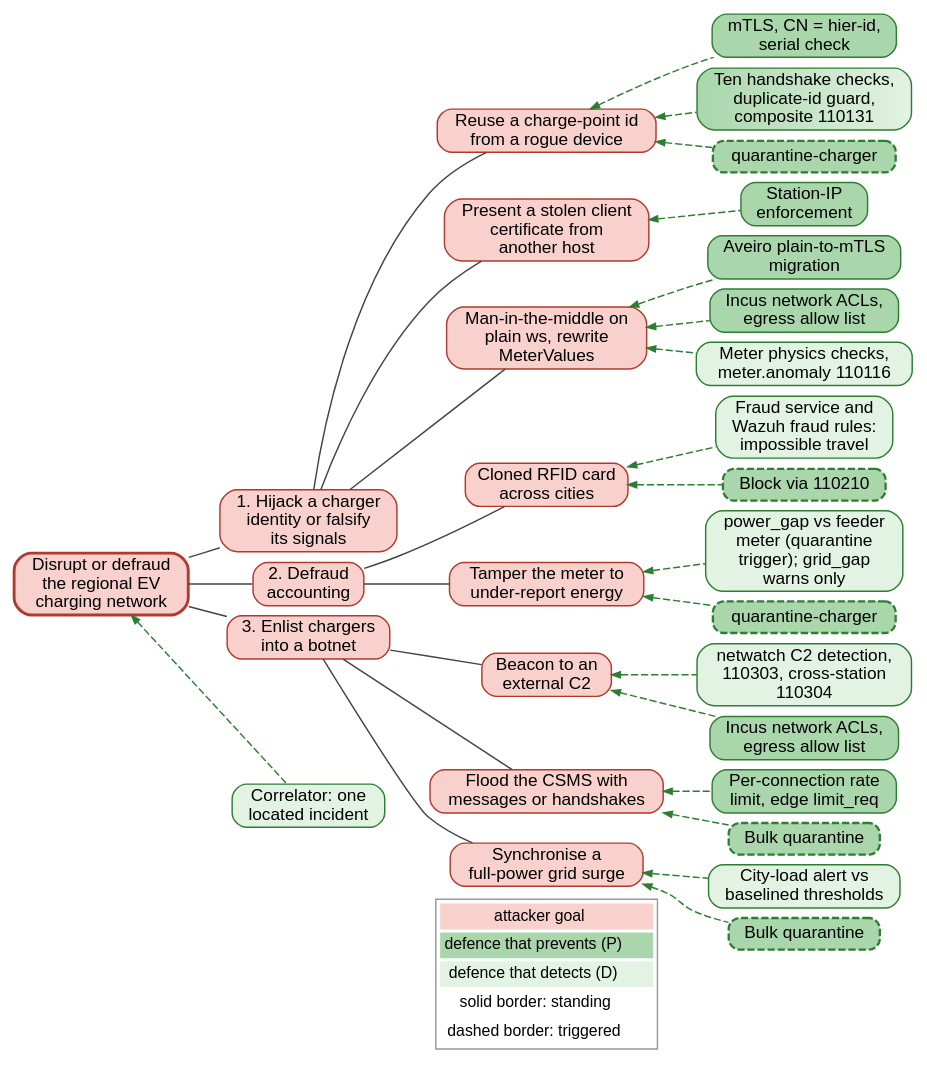
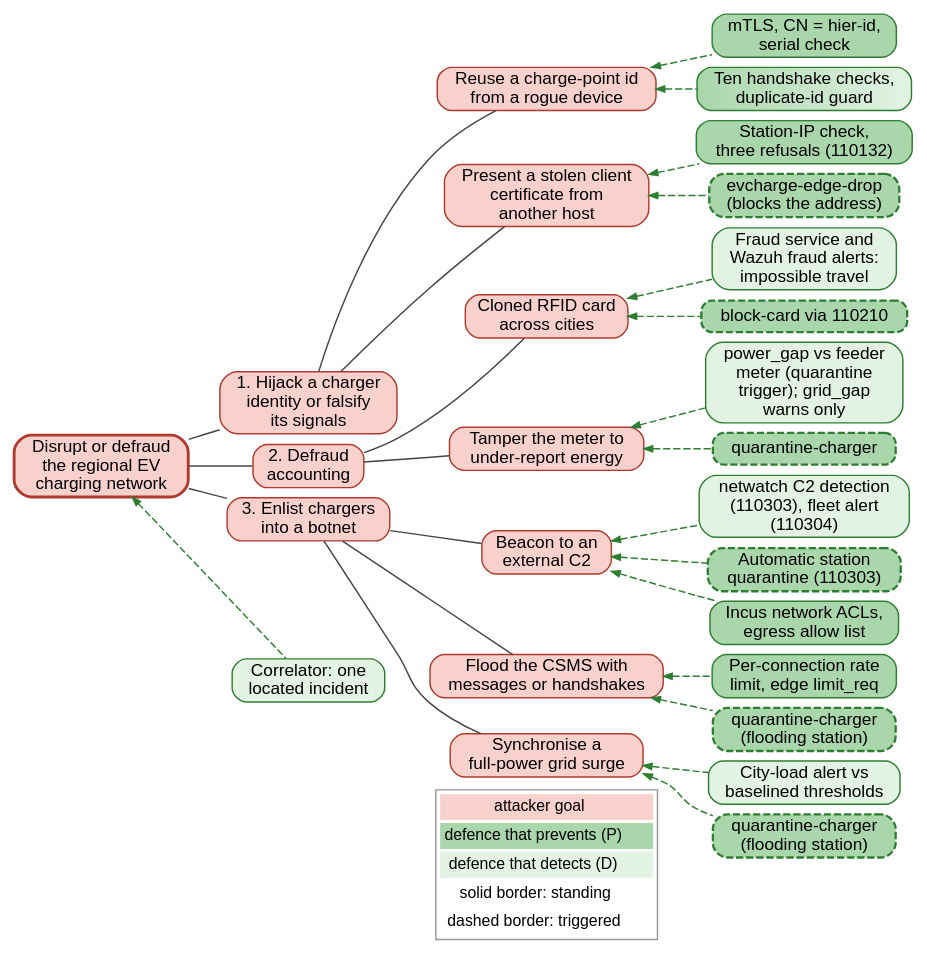
One commit to Goncsal/SSLE01_PROJ changed the diagram in report/figures/adtree.dot. Above: the diagram before and after it, drawn with Graphviz. The commit also changed 6 other files, not shown here.

```diff
--- a/report/figures/adtree.dot
+++ b/report/figures/adtree.dot
@@ -1,75 +1,70 @@
 digraph adtree {
   graph [rankdir=LR, fontname="Helvetica", nodesep=0.1, ranksep=0.3, pad=0.03, newrank=true];
   node  [fontname="Helvetica", fontsize=12, shape=box, style="rounded,filled", margin="0.07,0.03", height=0.3];
   edge  [color="#444444", arrowhead=none];
 
   /* attack nodes */
   node [fillcolor="#f8d0cc", color="#b03a2e"];
   root [label="Disrupt or defraud\nthe regional EV\ncharging network", penwidth=2];
   b1 [label="1. Hijack a charger\nidentity or falsify\nits signals"];
   b2 [label="2. Defraud\naccounting"];
   b3 [label="3. Enlist chargers\ninto a botnet"];
   l1a [label="Reuse a charge-point id\nfrom a rogue device"];
   l1b [label="Present a stolen client\ncertificate from\nanother host"];
-  l1c [label="Man-in-the-middle on\nplain ws, rewrite\nMeterValues"];
   l2a [label="Cloned RFID card\nacross cities"];
   l2b [label="Tamper the meter to\nunder-report energy"];
   l3a [label="Beacon to an\nexternal C2"];
   l3b [label="Flood the CSMS with\nmessages or handshakes"];
   l3c [label="Synchronise a\nfull-power grid surge"];
 
   root -> b1 [weight=10]; root -> b2 [weight=10]; root -> b3 [weight=10];
-  b1 -> l1a; b1 -> l1b; b1 -> l1c;
+  b1 -> l1a; b1 -> l1b;
   b2 -> l2a; b2 -> l2b;
   b3 -> l3a; b3 -> l3b; b3 -> l3c;
 
   /* defence nodes */
   node [fillcolor="#d5ecd4", color="#2e7d32"];
   d_mtls [label="mTLS, CN = hier-id,\nserial check", style="rounded,filled", fillcolor="#a9d6ab", color="#2e7d32"];
-  d_hs [label="Ten handshake checks,\nduplicate-id guard,\ncomposite 110131", style="rounded,filled", gradientangle=0, fillcolor="#a9d6ab:#e3f3e3", color="#2e7d32"];
-  d_ip [label="Station-IP\nenforcement", style="rounded,filled", fillcolor="#a9d6ab", color="#2e7d32"];
-  d_q [label="quarantine-charger", style="rounded,dashed,filled", fillcolor="#a9d6ab", color="#2e7d32", penwidth=1.6];
-  d_mig [label="Aveiro plain-to-mTLS\nmigration", style="rounded,filled", fillcolor="#a9d6ab", color="#2e7d32"];
-  d_acl [label="Incus network ACLs,\negress allow list", style="rounded,filled", fillcolor="#a9d6ab", color="#2e7d32"];
-  d_phys [label="Meter physics checks,\nmeter.anomaly 110116", style="rounded,filled", fillcolor="#e3f3e3", color="#2e7d32"];
-  d_fraud [label="Fraud service and\nWazuh fraud rules:\nimpossible travel", style="rounded,filled", fillcolor="#e3f3e3", color="#2e7d32"];
-  d_blk [label="Block via 110210", style="rounded,dashed,filled", fillcolor="#a9d6ab", color="#2e7d32", penwidth=1.6];
+  d_hs [label="Ten handshake checks,\nduplicate-id guard", style="rounded,filled", gradientangle=0, fillcolor="#a9d6ab:#e3f3e3", color="#2e7d32"];
+  d_ip [label="Station-IP check,\nthree refusals (110132)", style="rounded,filled", fillcolor="#a9d6ab", color="#2e7d32"];
+  d_edge [label="evcharge-edge-drop\n(blocks the address)", style="rounded,dashed,filled", fillcolor="#a9d6ab", color="#2e7d32", penwidth=1.6];
+  d_fraud [label="Fraud service and\nWazuh fraud alerts:\nimpossible travel", style="rounded,filled", fillcolor="#e3f3e3", color="#2e7d32"];
+  d_blk [label="block-card via 110210", style="rounded,dashed,filled", fillcolor="#a9d6ab", color="#2e7d32", penwidth=1.6];
   d_gap [label="power_gap vs feeder\nmeter (quarantine\ntrigger); grid_gap\nwarns only", style="rounded,filled", fillcolor="#e3f3e3", color="#2e7d32"];
-  d_net [label="netwatch C2 detection,\n110303, cross-station\n110304", style="rounded,filled", fillcolor="#e3f3e3", color="#2e7d32"];
+  d_net [label="netwatch C2 detection\n(110303), fleet alert\n(110304)", style="rounded,filled", fillcolor="#e3f3e3", color="#2e7d32"];
   d_rate [label="Per-connection rate\nlimit, edge limit_req", style="rounded,filled", fillcolor="#a9d6ab", color="#2e7d32"];
   d_load [label="City-load alert vs\nbaselined thresholds", style="rounded,filled", fillcolor="#e3f3e3", color="#2e7d32"];
-  d_bulk [label="Bulk quarantine", style="rounded,dashed,filled", fillcolor="#a9d6ab", color="#2e7d32", penwidth=1.6];
+  d_bulk [label="quarantine-charger\n(flooding station)", style="rounded,dashed,filled", fillcolor="#a9d6ab", color="#2e7d32", penwidth=1.6];
   d_q2 [label="quarantine-charger", style="rounded,dashed,filled", fillcolor="#a9d6ab", color="#2e7d32", penwidth=1.6];
+  d_auto [label="Automatic station\nquarantine (110303)", style="rounded,dashed,filled", fillcolor="#a9d6ab", color="#2e7d32", penwidth=1.6];
   d_acl2 [label="Incus network ACLs,\negress allow list", style="rounded,filled", fillcolor="#a9d6ab", color="#2e7d32"];
-  d_bulk2 [label="Bulk quarantine", style="rounded,dashed,filled", fillcolor="#a9d6ab", color="#2e7d32", penwidth=1.6];
+  d_bulk2 [label="quarantine-charger\n(flooding station)", style="rounded,dashed,filled", fillcolor="#a9d6ab", color="#2e7d32", penwidth=1.6];
   d_corr [label="Correlator: one\nlocated incident", style="rounded,filled", fillcolor="#e3f3e3", color="#2e7d32"];
 
   edge [style=dashed, color="#2e7d32", dir=back, arrowhead=normal, arrowsize=0.6, weight=1];
   l1a -> d_mtls;
   l1a -> d_hs;
-  l1a -> d_q;
   l1b -> d_ip;
-  l1c -> d_mig;
-  l1c -> d_acl;
-  l1c -> d_phys;
+  l1b -> d_edge;
   l2a -> d_fraud;
   l2a -> d_blk;
   l2b -> d_gap;
   l2b -> d_q2;
   l3a -> d_net;
+  l3a -> d_auto;
   l3a -> d_acl2;
   l3b -> d_rate;
   l3b -> d_bulk;
   l3c -> d_load;
   l3c -> d_bulk2;
   root -> d_corr;
 
   node [shape=plaintext, style="", fontsize=11];
   leg [label=<<table border="1" cellborder="0" cellspacing="2" cellpadding="3" color="#999999">
     <tr><td bgcolor="#f8d0cc">attacker goal</td></tr>
     <tr><td bgcolor="#a9d6ab">defence that prevents (P)</td></tr>
     <tr><td bgcolor="#e3f3e3">defence that detects (D)</td></tr>
     <tr><td>solid border: standing</td></tr>
     <tr><td>dashed border: triggered</td></tr></table>>];
   d_corr -> leg [style=invis];
 }
```
